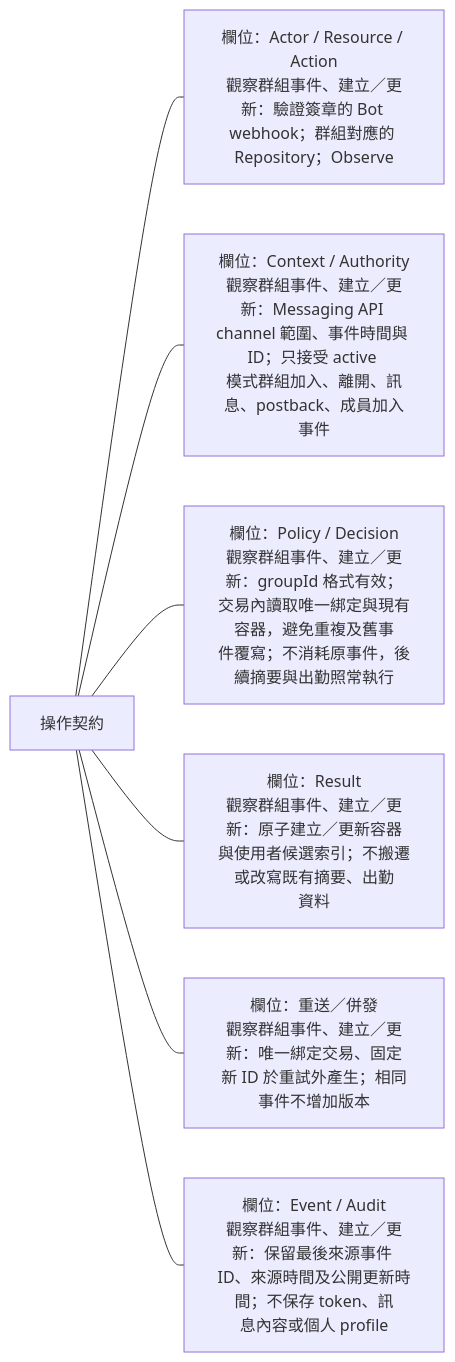
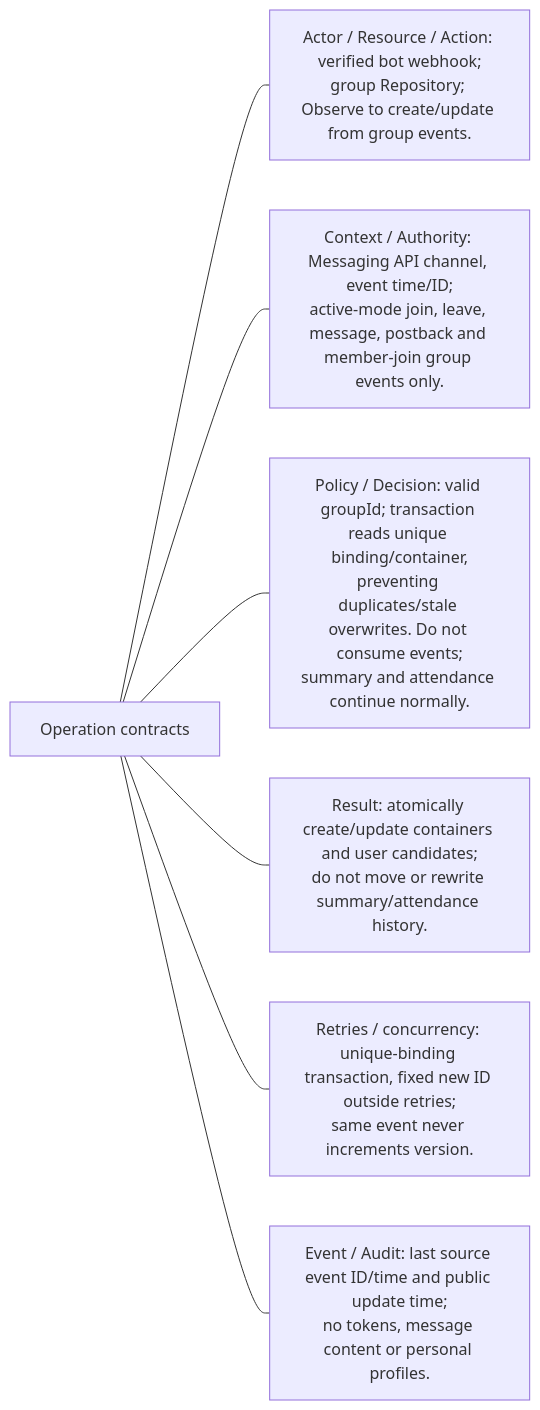
One commit to 963sup/line-mini-app-bot changed the third of 12 diagrams in docs/domains/repository/README.md. Above: the diagram before and after it, drawn with Mermaid. The commit also changed other lines of this file and 341 other files, not shown here.

````diff
--- a/docs/domains/repository/README.md
+++ b/docs/domains/repository/README.md
@@ -74,10 +80,10 @@
 ```mermaid
 flowchart LR
-  h["操作契約"]
-  h --- n0["欄位：Actor / Resource / Action<br/>觀察群組事件、建立／更新：驗證簽章的 Bot <br/>webhook；群組對應的 Repository；Observe"]
-  h --- n1["欄位：Context / Authority<br/>觀察群組事件、建立／更新：Messaging API <br/>channel 範圍、事件時間與 ID；只接受 active <br/>模式群組加入、離開、訊息、postback、成員加入<br/>事件"]
-  h --- n2["欄位：Policy / Decision<br/>觀察群組事件、建立／更新：groupId 格式有效；<br/>交易內讀取唯一綁定與現有容器，避免重複及舊事<br/>件覆寫；不消耗原事件，後續摘要與出勤照常執行"]
-  h --- n3["欄位：Result<br/>觀察群組事件、建立／更新：原子建立／更新容器<br/>與使用者候選索引；不搬遷或改寫既有摘要、出勤<br/>資料"]
-  h --- n4["欄位：重送／併發<br/>觀察群組事件、建立／更新：唯一綁定交易、固定<br/>新 ID 於重試外產生；相同事件不增加版本"]
-  h --- n5["欄位：Event / Audit<br/>觀察群組事件、建立／更新：保留最後來源事件 <br/>ID、來源時間及公開更新時間；不保存 token、訊<br/>息內容或個人 profile"]
+  h["Operation contracts"]
+  h --- n0["Actor / Resource / Action: verified bot webhook;<br/>group Repository; Observe to create/update from group events."]
+  h --- n1["Context / Authority: Messaging API channel, event time/ID;<br/>active-mode join, leave, message, postback and member-join group events only."]
+  h --- n2["Policy / Decision: valid groupId; transaction reads unique binding/container,<br/>preventing duplicates/stale overwrites. Do not consume events;<br/>summary and attendance continue normally."]
+  h --- n3["Result: atomically create/update containers and user candidates;<br/>do not move or rewrite summary/attendance history."]
+  h --- n4["Retries / concurrency: unique-binding transaction, fixed new ID outside retries;<br/>same event never increments version."]
+  h --- n5["Event / Audit: last source event ID/time and public update time;<br/>no tokens, message content or personal profiles."]
 ```
````
